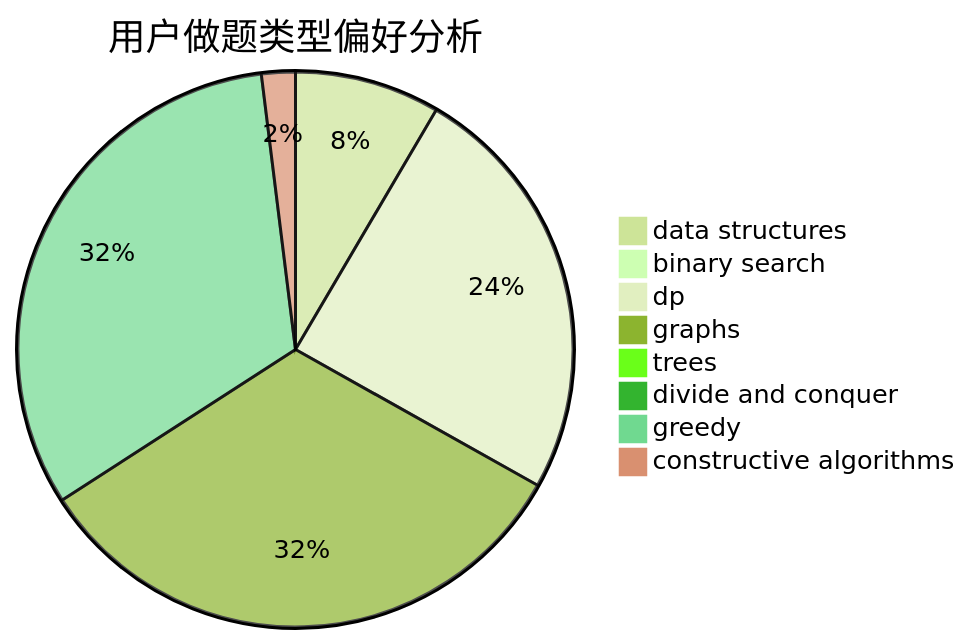
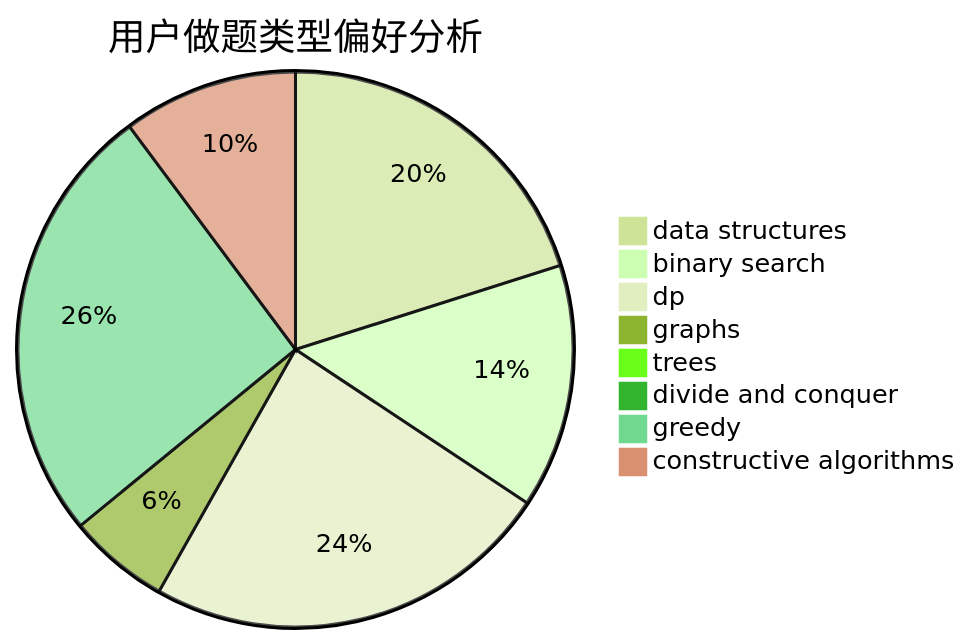
Before and after one commit to sherpahu/cfrs.github.io: the second of 3 diagrams in docs/user/u916.md, drawn with Mermaid (forest theme). The commit also changed other lines of this file and 2770 other files, not shown here.

````diff
--- a/docs/user/u916.md
+++ b/docs/user/u916.md
@@ -23,11 +23,11 @@
 ```mermaid
 pie title 用户做题类型偏好分析
-    "data structures" :  86
-    "binary search" :  5
-    "dp" :  251
-    "graphs" :  333
+    "data structures" :  75
+    "binary search" :  53
+    "dp" :  89
+    "graphs" :  22
     "trees" :  0
-    "divide and conquer" :  6
-    "greedy" :  327
-    "constructive algorithms" :  20
+    "divide and conquer" :  0
+    "greedy" :  96
+    "constructive algorithms" :  38
 ```
````
